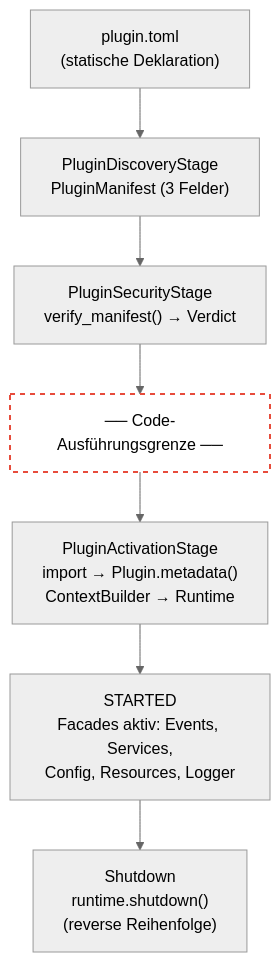
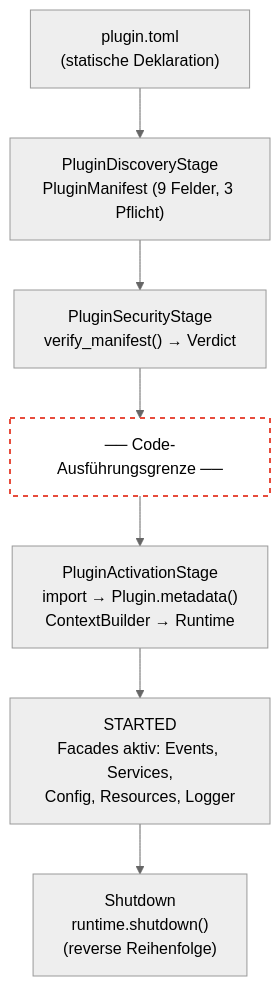
One commit to legenzdieterklaus-a11y/JOCHEN-X changed the third of 9 diagrams in ARCHITECTURE.md. Above: the diagram before and after it, drawn with Mermaid (neutral theme). The commit also changed other lines of this file and 11 other files, not shown here.

````diff
--- a/ARCHITECTURE.md
+++ b/ARCHITECTURE.md
@@ -97,14 +97,14 @@
 ```mermaid
 flowchart TD
     TOML["plugin.toml\n(statische Deklaration)"]
-    Discovery["PluginDiscoveryStage\nPluginManifest (3 Felder)"]
+    Discovery["PluginDiscoveryStage\nPluginManifest (9 Felder, 3 Pflicht)"]
     Security["PluginSecurityStage\nverify_manifest() → Verdict"]
     Boundary["── Code-Ausführungsgrenze ──"]
     Activation["PluginActivationStage\nimport → Plugin.metadata()\nContextBuilder → Runtime"]
     Running["STARTED\nFacades aktiv: Events, Services,\nConfig, Resources, Logger"]
     Shutdown["Shutdown\nruntime.shutdown()\n(reverse Reihenfolge)"]
 
     TOML --> Discovery --> Security --> Boundary --> Activation --> Running --> Shutdown
 
     style Boundary fill:none,stroke:#e74c3c,stroke-width:2,stroke-dasharray:5
 ```
````
